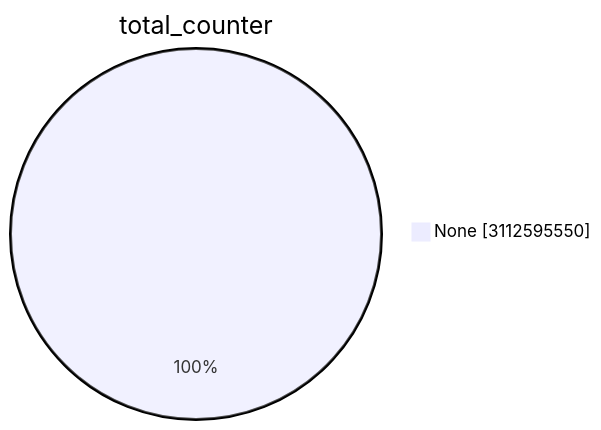
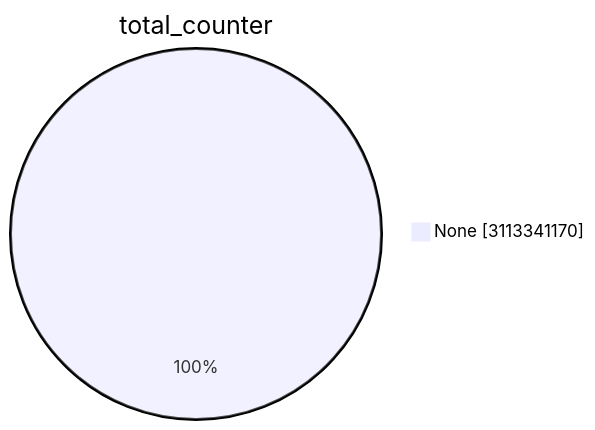
The first of 15 diagrams in TOTAL/README.md (christiankrug/ctmonitor_visualization), drawn with Mermaid before and after one commit. The commit also changed other lines of this file, not shown here.

````diff
--- a/TOTAL/README.md
+++ b/TOTAL/README.md
@@ -1,5 +1,5 @@
 ```mermaid
 pie showData
 title total_counter
-"None" :3112595550
+"None" :3113341170
 ```
````
